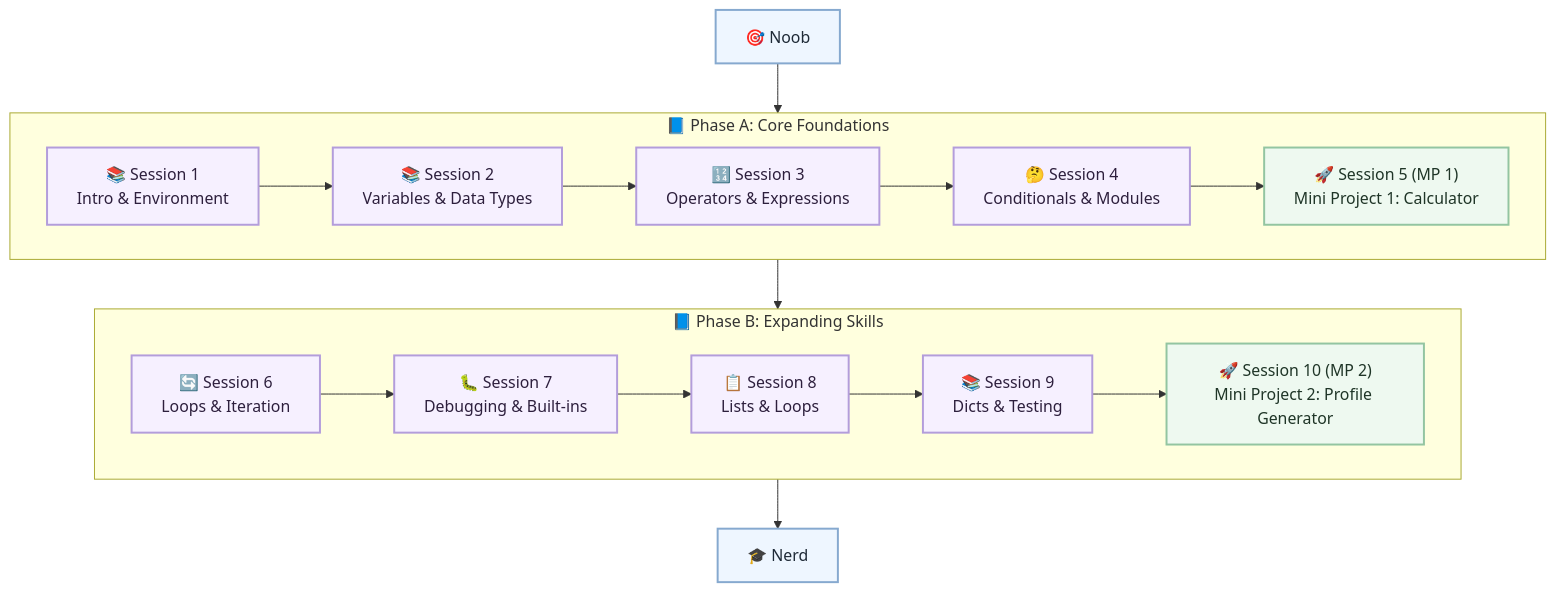
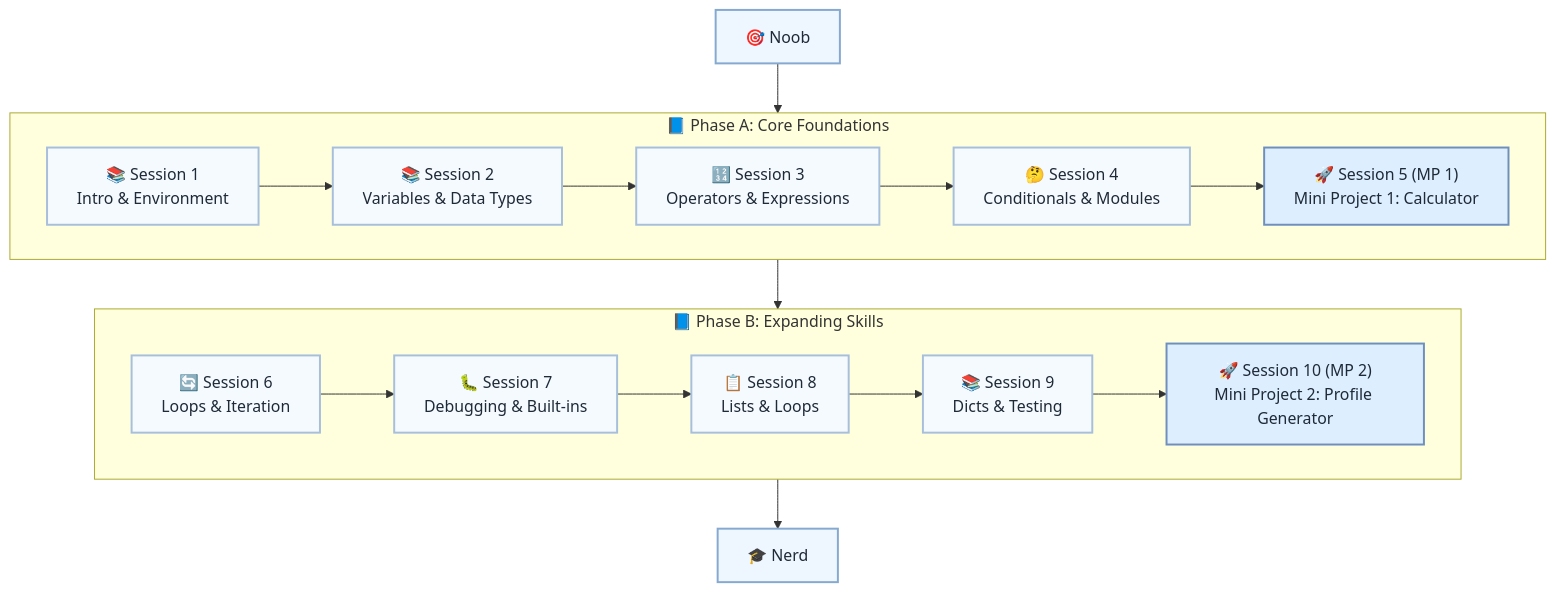
One commit to Swamy-s-Tech-Skills-Academy/python-fundamentals changed the diagram in docs/sessions/L1/_Plan.md. Above: the diagram before and after it, drawn with Mermaid. The commit also changed 3 other files, not shown here.

Commit message:
Refactor Mermaid diagram styles in Level 1, Level 2, and Level 3 plans: enhance visual clarity and consistency.

````diff
--- a/docs/sessions/L1/_Plan.md
+++ b/docs/sessions/L1/_Plan.md
@@ -122,32 +122,32 @@
 ```mermaid
 flowchart TB
   A["🎯 Noob"] --> PhaseA
     PhaseA --> PhaseB
   PhaseB --> K["🎓 Nerd"]
 
   subgraph PhaseA["📘 Phase A: Core Foundations"]
     B1["📚 Session 1<br>Intro & Environment"]
     B2["📚 Session 2<br>Variables & Data Types"]
     B3["🔢 Session 3<br>Operators & Expressions"]
     B4["🤔 Session 4<br>Conditionals & Modules"]
     B5["🚀 Session 5 (MP 1)<br>Mini Project 1: Calculator"]
         B1 --> B2 --> B3 --> B4 --> B5
     end
 
   subgraph PhaseB["📘 Phase B: Expanding Skills"]
     C1["🔄 Session 6<br>Loops & Iteration"]
     C2["🐛 Session 7<br>Debugging & Built-ins"]
     C3["📋 Session 8<br>Lists & Loops"]
     C4["📚 Session 9<br>Dicts & Testing"]
     C5["🚀 Session 10 (MP 2)<br>Mini Project 2: Profile Generator"]
         C1 --> C2 --> C3 --> C4 --> C5
     end
 
     classDef startEnd fill:#eef6ff,stroke:#86a9cf,stroke-width:2px,color:#1f2a37
-    classDef session fill:#f6f0ff,stroke:#b39ddb,stroke-width:2px,color:#2d1f3d
-    classDef project fill:#eef9f0,stroke:#93c5a1,stroke-width:2px,color:#1f3527
+    classDef session fill:#f5faff,stroke:#a8bfdc,stroke-width:2px,color:#1f2a37
+    classDef project fill:#ddeeff,stroke:#6f90bd,stroke-width:2px,color:#1f2a37
 
     class A,K startEnd
     class B1,B2,B3,B4,C1,C2,C3,C4 session
     class B5,C5 project
 ```
````
